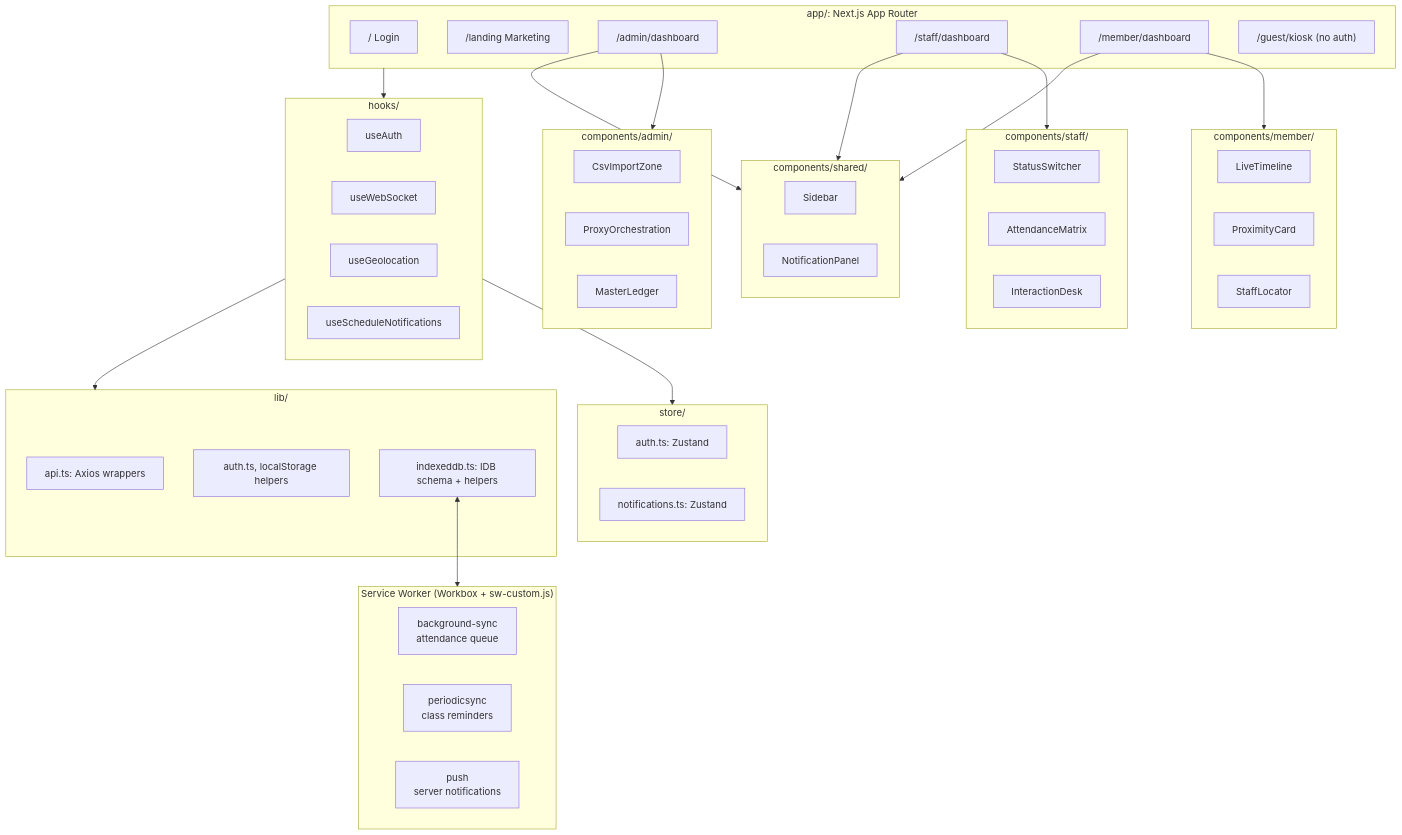
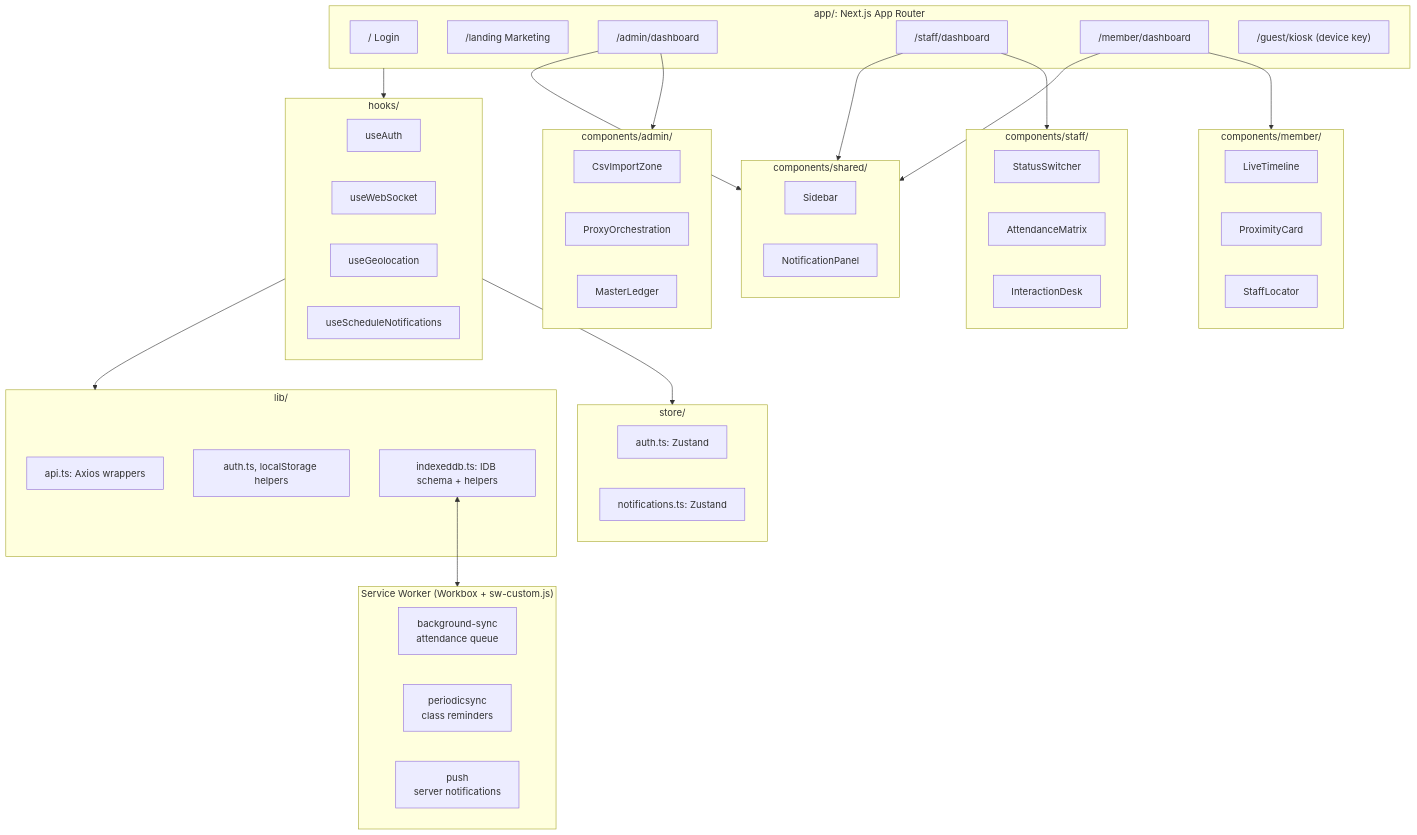
The fifth of 5 diagrams in docs/architecture.md (Life-Experimentalist/Chronos-Ledger), drawn with Mermaid before and after one commit. The commit also changed other lines of this file and 14 other files, not shown here.

````diff
--- a/docs/architecture.md
+++ b/docs/architecture.md
@@ -175,66 +175,66 @@
 ```mermaid
 graph TD
     subgraph Pages["app/: Next.js App Router"]
         Login["/  Login"]
         Landing["/landing  Marketing"]
         Admin["/admin/dashboard"]
         Staff["/staff/dashboard"]
         Member["/member/dashboard"]
-        Kiosk["/guest/kiosk  (no auth)"]
+        Kiosk["/guest/kiosk  (device key)"]
     end
 
     subgraph Shared["components/shared/"]
         Sidebar
         NotificationPanel
     end
 
     subgraph FComp["components/staff/"]
         StatusSwitcher
         AttendanceMatrix
         InteractionDesk
     end
 
     subgraph SComp["components/member/"]
         LiveTimeline
         ProximityCard
         StaffLocator
     end
 
     subgraph AComp["components/admin/"]
         CsvImportZone
         ProxyOrchestration
         MasterLedger
     end
 
     subgraph Hooks["hooks/"]
         useAuth
         useWebSocket
         useGeolocation
         useScheduleNotifications
     end
 
     subgraph Lib["lib/"]
         api["api.ts: Axios wrappers"]
         auth["auth.ts, localStorage helpers"]
         idb["indexeddb.ts: IDB schema + helpers"]
     end
 
     subgraph Store["store/"]
         authStore["auth.ts: Zustand"]
         notifStore["notifications.ts: Zustand"]
     end
 
     subgraph SW["Service Worker (Workbox + sw-custom.js)"]
         BGSync[background-sync<br/>attendance queue]
         PeriodicSync[periodicsync<br/>class reminders]
         Push[push<br/>server notifications]
     end
 
     Admin & Staff & Member --> Shared
     Staff --> FComp
     Member --> SComp
     Admin --> AComp
     Pages --> Hooks
     Hooks --> Lib & Store
     idb <--> SW
 ```
````
